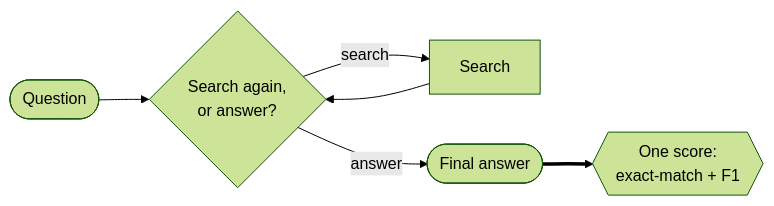
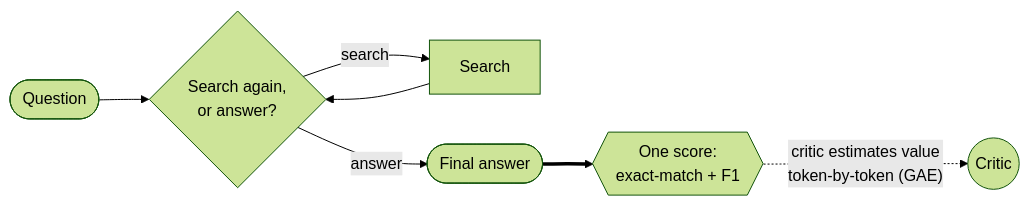
The fourth of 5 diagrams in README.md (redswimmer/grpo-turn-level-rewards), drawn with Mermaid (forest theme) before and after one commit. The commit also changed other lines of this file and 3 other files, not shown here.

````diff
--- a/README.md
+++ b/README.md
@@ -86,8 +91,9 @@
 ```mermaid
 flowchart LR
     Q3(["Question"]) --> D3{"Search again,<br/>or answer?"}
     D3 -- search --> S3["Search"]
     S3 --> D3
     D3 -- answer --> A3(["Final answer"])
     A3 ==> R3{{"One score:<br/>exact-match + F1"}}
+    R3 -.->|"critic estimates value<br/>token-by-token (GAE)"| C3(("Critic"))
 ```
````
